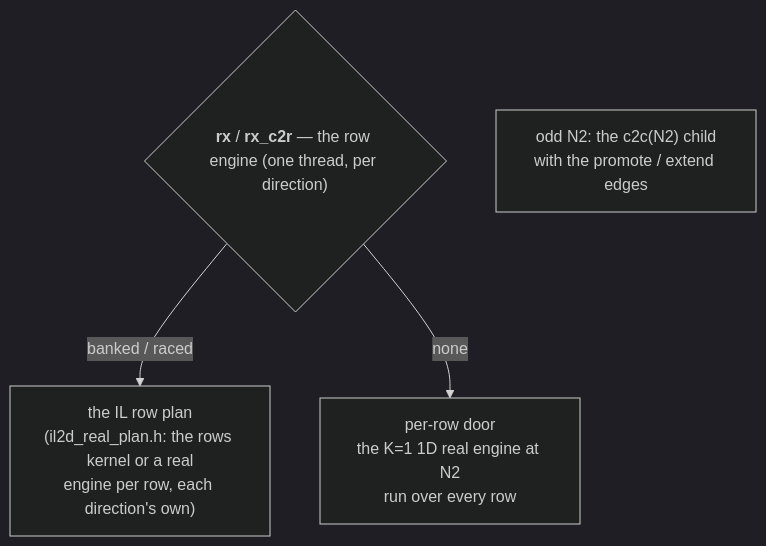
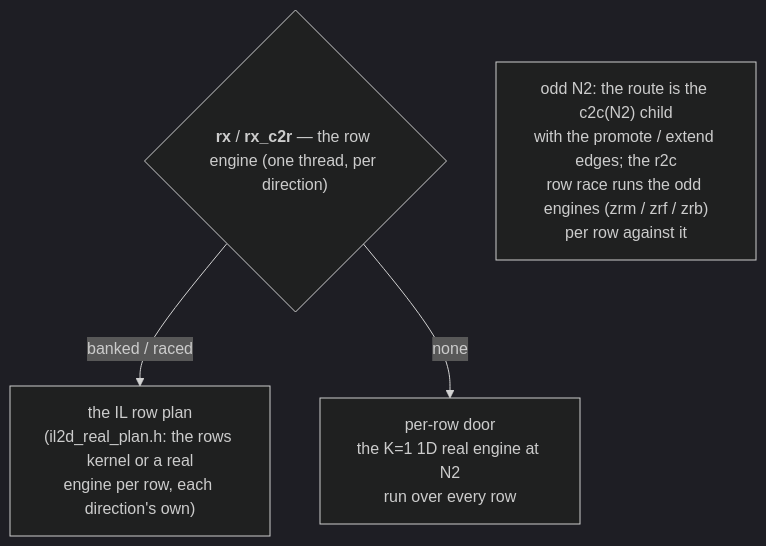
The ninth of 14 diagrams in docs/design/planning_model.md (Tugbars/VectorFFT), drawn with Mermaid (dark theme) before and after one commit. The commit also changed other lines of this file and 4 other files, not shown here.

First line of the commit message:
Race odd-N2 real row engines in r2c

````diff
--- a/docs/design/planning_model.md
+++ b/docs/design/planning_model.md
@@ -740,7 +740,7 @@
 ```mermaid
 flowchart TD
     RX{"<b>rx</b> / <b>rx_c2r</b> — the row engine (one thread, per direction)"}
     RX -->|"banked / raced"| LM["the IL row plan<br/>(il2d_real_plan.h: the rows kernel or a real<br/>engine per row, each direction's own)"]
     RX -->|"none"| TC["per-row door<br/>the K=1 1D real engine at N2<br/>run over every row"]
-    ODD["odd N2: the c2c(N2) child<br/>with the promote / extend edges"]
+    ODD["odd N2: the route is the c2c(N2) child<br/>with the promote / extend edges; the r2c<br/>row race runs the odd engines (zrm / zrf / zrb)<br/>per row against it"]
 ```
````
